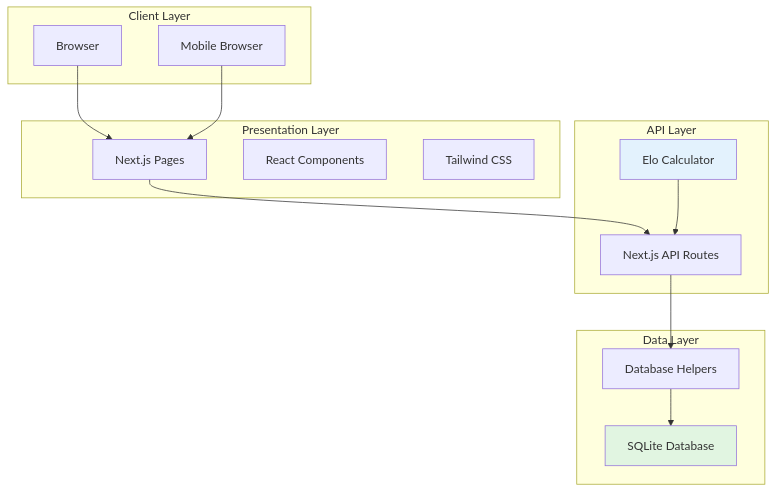
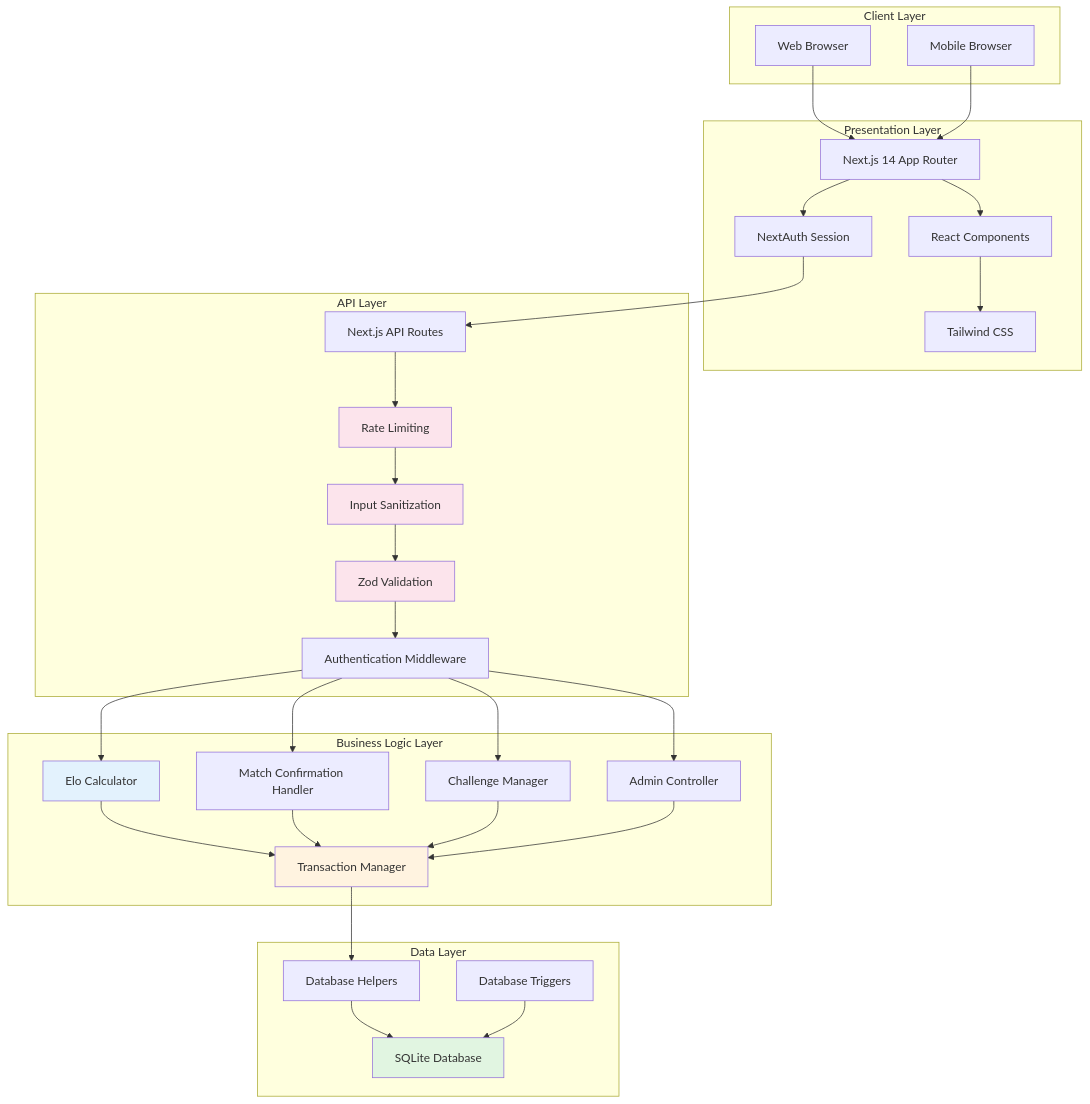
Before and after one commit to UziB26/leagueladder: the first of 14 diagrams in doc/architecture.md, drawn with Mermaid. The commit also changed other lines of this file and 97 other files, not shown here.

````diff
--- a/doc/architecture.md
+++ b/doc/architecture.md
@@ -5,33 +5,65 @@
 ```mermaid
 graph TB
     subgraph "Client Layer"
-        A[Browser]
+        A[Web Browser]
         B[Mobile Browser]
     end
     
     subgraph "Presentation Layer"
-        C[Next.js Pages]
+        C[Next.js 14 App Router]
         D[React Components]
         E[Tailwind CSS]
+        F[NextAuth Session]
     end
     
     subgraph "API Layer"
-        F[Next.js API Routes]
-        G[Elo Calculator]
+        G[Next.js API Routes]
+        H[Rate Limiting]
+        I[Input Sanitization]
+        J[Zod Validation]
+        K[Authentication Middleware]
+    end
+    
+    subgraph "Business Logic Layer"
+        L[Elo Calculator]
+        M[Match Confirmation Handler]
+        N[Challenge Manager]
+        O[Admin Controller]
+        P[Transaction Manager]
     end
     
     subgraph "Data Layer"
-        H[SQLite Database]
-        I[Database Helpers]
+        Q[SQLite Database]
+        R[Database Helpers]
+        S[Database Triggers]
     end
     
     A --> C
     B --> C
+    C --> D
+    D --> E
     C --> F
-    F --> I
-    I --> H
-    G --> F
+    F --> G
+    G --> H
+    H --> I
+    I --> J
+    J --> K
+    K --> L
+    K --> M
+    K --> N
+    K --> O
+    L --> P
+    M --> P
+    N --> P
+    O --> P
+    P --> R
+    R --> Q
+    S --> Q
     
-    style H fill:#e1f5e1
-    style G fill:#e3f2fd
+    style Q fill:#e1f5e1
+    style L fill:#e3f2fd
+    style P fill:#fff3e0
+    style H fill:#fce4ec
+    style I fill:#fce4ec
+    style J fill:#fce4ec
 ```
````
